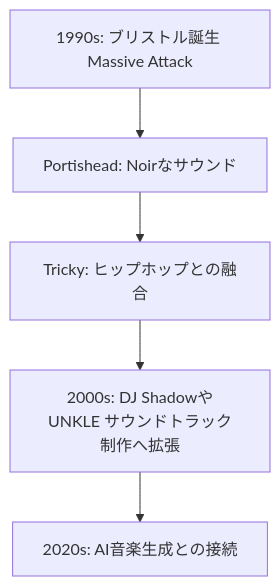
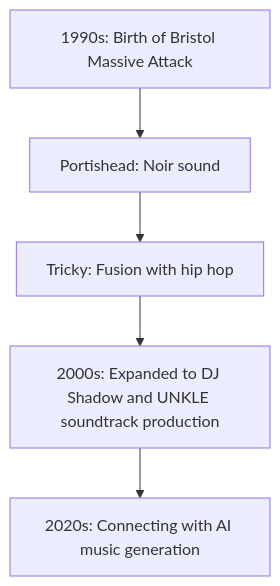
Before and after one commit to monumental-movement/monumental-movement.github.io: the first of 2 diagrams in en/_posts/2025-09-21-Column-Triphop.md, drawn with Mermaid. The commit also changed other lines of this file and 1631 other files, not shown here.

```diff
--- a/en/_posts/2025-09-21-Column-Triphop.md
+++ b/en/_posts/2025-09-21-Column-Triphop.md
@@ -56,7 +55,7 @@
 <div class="mermaid">
 flowchart TD
-    A["1990s: ブリストル誕生 Massive Attack"] --> B["Portishead: Noirなサウンド"]
-    B --> C["Tricky: ヒップホップとの融合"]
-    C --> D["2000s: DJ ShadowやUNKLE サウンドトラック制作へ拡張"]
-    D --> E["2020s: AI音楽生成との接続"]
+    A["1990s: Birth of Bristol Massive Attack"] --> B["Portishead: Noir sound"]
+    B --> C["Tricky: Fusion with hip hop"]
+    C --> D["2000s: Expanded to DJ Shadow and UNKLE soundtrack production"]
+    D --> E["2020s: Connecting with AI music generation"]
 </div>
```
